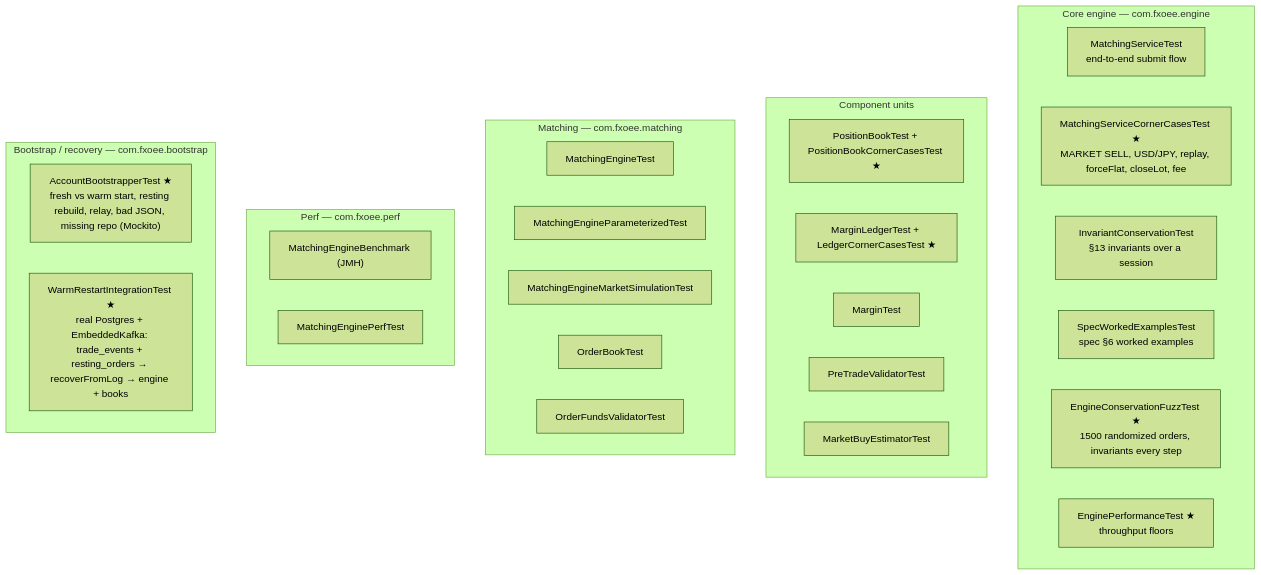
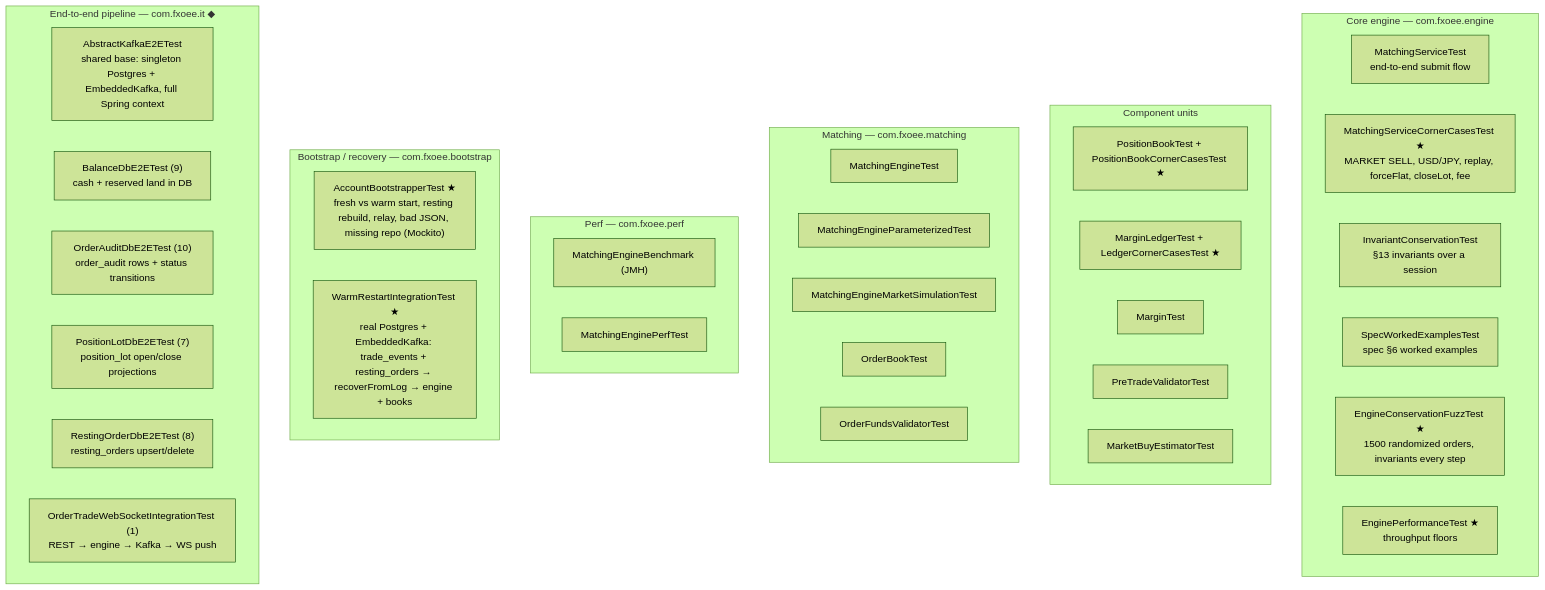
One commit to mc139/fx-oee-docs changed the first of 2 diagrams in 08-testing.md. Above: the diagram before and after it, drawn with Mermaid (forest theme). The commit also changed other lines of this file and 4 other files, not shown here.

````diff
--- a/08-testing.md
+++ b/08-testing.md
@@ -11,33 +11,41 @@
 ```mermaid
 flowchart TB
     subgraph core["Core engine — com.fxoee.engine"]
         c1["MatchingServiceTest<br/>end-to-end submit flow"]
         c2["MatchingServiceCornerCasesTest ★<br/>MARKET SELL, USD/JPY, replay, forceFlat, closeLot, fee"]
         c3["InvariantConservationTest<br/>§13 invariants over a session"]
         c4["SpecWorkedExamplesTest<br/>spec §6 worked examples"]
         c5["EngineConservationFuzzTest ★<br/>1500 randomized orders, invariants every step"]
         c6["EnginePerformanceTest ★<br/>throughput floors"]
     end
     subgraph units["Component units"]
         u1["PositionBookTest + PositionBookCornerCasesTest ★"]
         u2["MarginLedgerTest + LedgerCornerCasesTest ★"]
         u3["MarginTest"]
         u4["PreTradeValidatorTest"]
         u5["MarketBuyEstimatorTest"]
     end
     subgraph match["Matching — com.fxoee.matching"]
         m1["MatchingEngineTest"]
         m2["MatchingEngineParameterizedTest"]
         m3["MatchingEngineMarketSimulationTest"]
         m4["OrderBookTest"]
         m5["OrderFundsValidatorTest"]
     end
     subgraph perf["Perf — com.fxoee.perf"]
         p1["MatchingEngineBenchmark (JMH)"]
         p2["MatchingEnginePerfTest"]
     end
     subgraph boot["Bootstrap / recovery — com.fxoee.bootstrap"]
         b1["AccountBootstrapperTest ★<br/>fresh vs warm start, resting rebuild, relay, bad JSON, missing repo (Mockito)"]
         b2["WarmRestartIntegrationTest ★<br/>real Postgres + EmbeddedKafka: trade_events + resting_orders → recoverFromLog → engine + books"]
     end
+    subgraph e2e["End-to-end pipeline — com.fxoee.it ◆"]
+        e0["AbstractKafkaE2ETest<br/>shared base: singleton Postgres + EmbeddedKafka, full Spring context"]
+        e1["BalanceDbE2ETest (9)<br/>cash + reserved land in DB"]
+        e2["OrderAuditDbE2ETest (10)<br/>order_audit rows + status transitions"]
+        e3["PositionLotDbE2ETest (7)<br/>position_lot open/close projections"]
+        e4["RestingOrderDbE2ETest (8)<br/>resting_orders upsert/delete"]
+        e5["OrderTradeWebSocketIntegrationTest (1)<br/>REST → engine → Kafka → WS push"]
+    end
 ```
````
